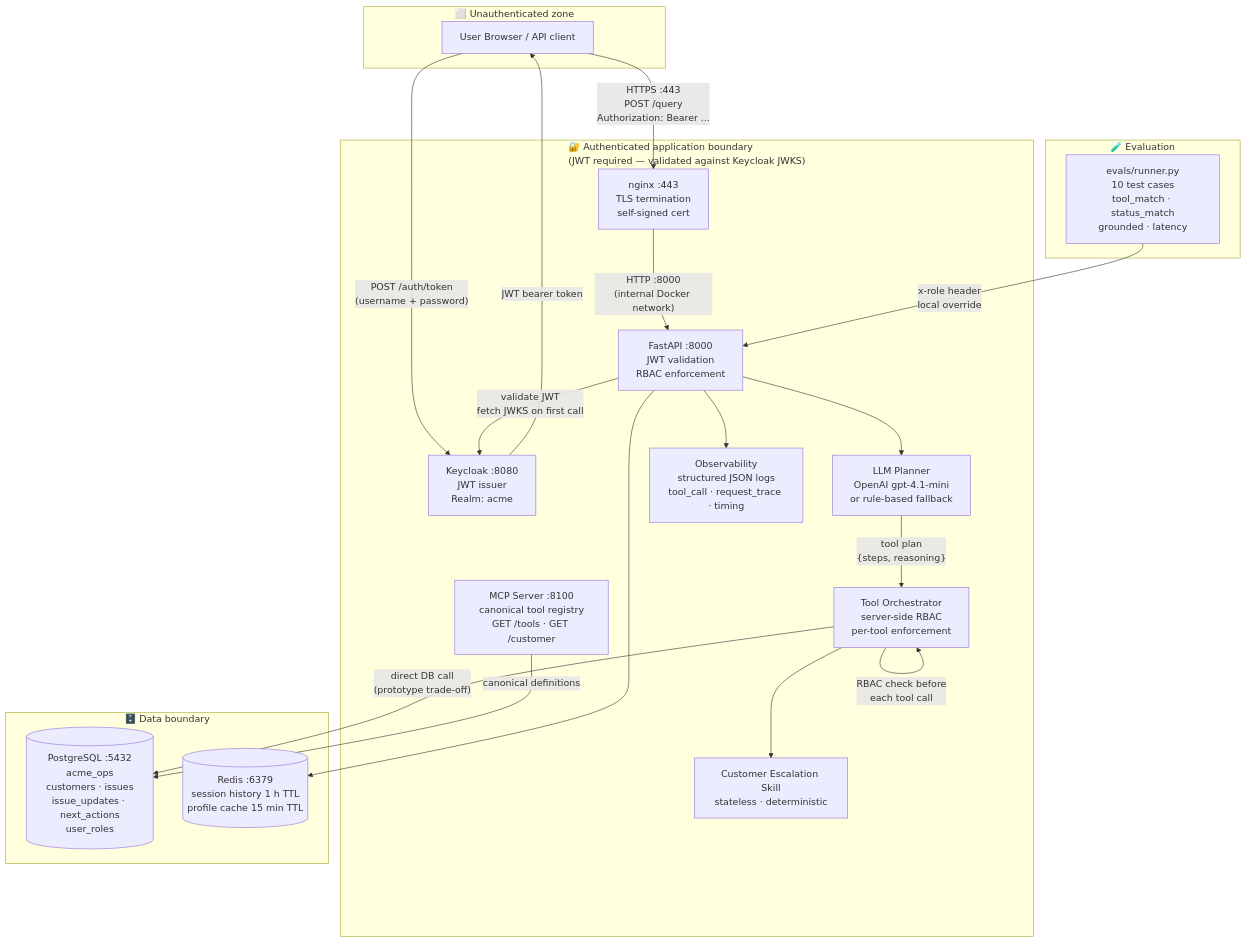
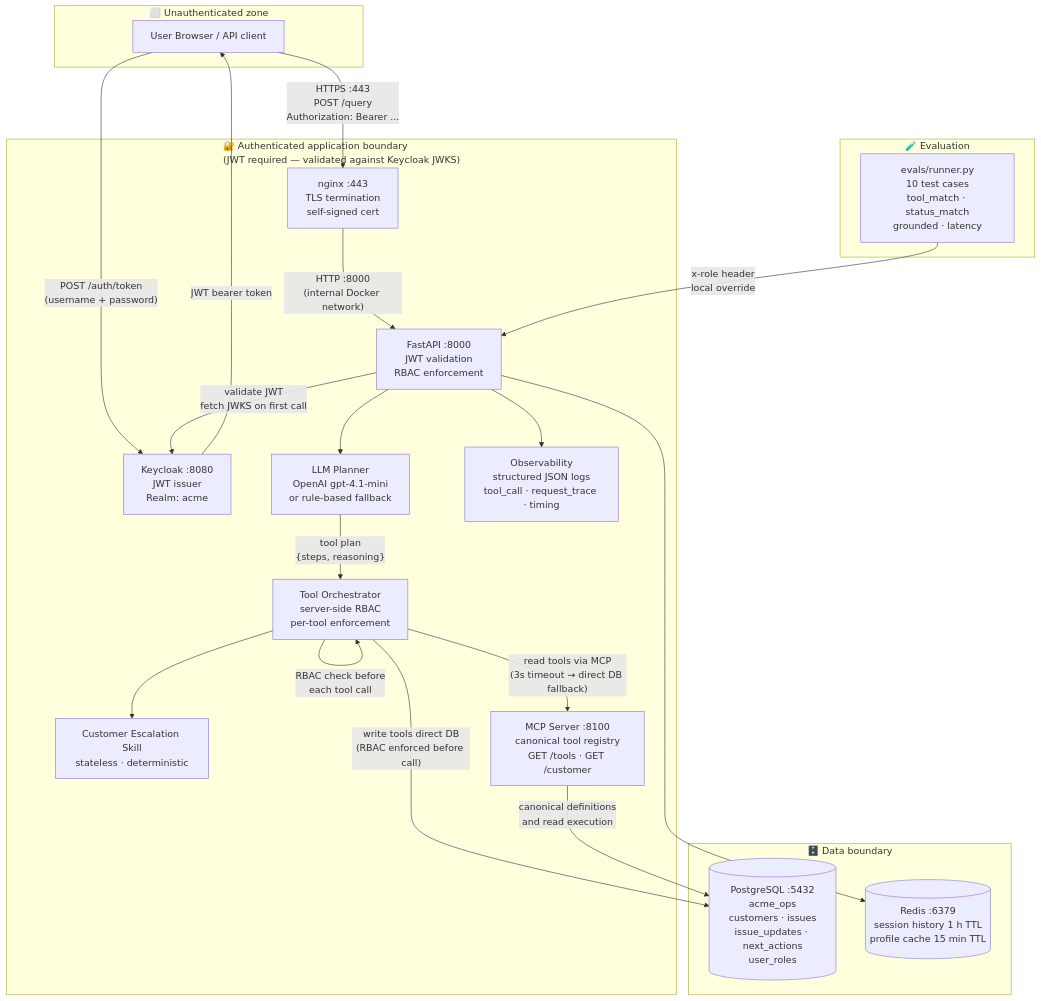
Before and after one commit to udhingra-ai/acme-agent-final: the diagram in docs/architecture.md, drawn with Mermaid. The commit also changed 16 other files, not shown here.

````diff
--- a/docs/architecture.md
+++ b/docs/architecture.md
@@ -5,41 +5,42 @@
 ```mermaid
 flowchart TD
     subgraph UNTRUSTED["⬜ Unauthenticated zone"]
         U[User Browser / API client]
     end
 
     subgraph APP_ZONE["🔐 Authenticated application boundary\n(JWT required — validated against Keycloak JWKS)"]
         NGX[nginx :443\nTLS termination\nself-signed cert]
         KC[Keycloak :8080\nJWT issuer\nRealm: acme]
         APP[FastAPI :8000\nJWT validation\nRBAC enforcement]
         PLAN[LLM Planner\nOpenAI gpt-4.1-mini\nor rule-based fallback]
         AG[Tool Orchestrator\nserver-side RBAC\nper-tool enforcement]
         SK[Customer Escalation Skill\nstateless · deterministic]
         MCP[MCP Server :8100\ncanonical tool registry\nGET /tools · GET /customer]
         OBS[Observability\nstructured JSON logs\ntool_call · request_trace · timing]
     end
 
     subgraph DATA_ZONE["🗄️ Data boundary"]
         PG[(PostgreSQL :5432\nacme_ops\ncustomers · issues\nissue_updates · next_actions\nuser_roles)]
         RD[(Redis :6379\nsession history 1 h TTL\nprofile cache 15 min TTL)]
     end
 
     subgraph EVAL["🧪 Evaluation"]
         EV[evals/runner.py\n10 test cases\ntool_match · status_match\ngrounded · latency]
     end
 
     U -->|"POST /auth/token\n(username + password)"| KC
     KC -->|"JWT bearer token"| U
     U -->|"HTTPS :443\nPOST /query\nAuthorization: Bearer ..."| NGX
     NGX -->|"HTTP :8000\n(internal Docker network)"| APP
     APP -->|"validate JWT\nfetch JWKS on first call"| KC
     APP --> PLAN
     PLAN -->|"tool plan\n{steps, reasoning}"| AG
     AG -->|"RBAC check before\neach tool call"| AG
     AG --> SK
-    AG -->|"direct DB call\n(prototype trade-off)"| PG
-    MCP -->|"canonical definitions"| PG
+    AG -->|"read tools via MCP\n(3s timeout → direct DB fallback)"| MCP
+    AG -->|"write tools direct DB\n(RBAC enforced before call)"| PG
+    MCP -->|"canonical definitions\nand read execution"| PG
     APP --> RD
     APP --> OBS
     EV -->|"x-role header\nlocal override"| APP
 ```
````
